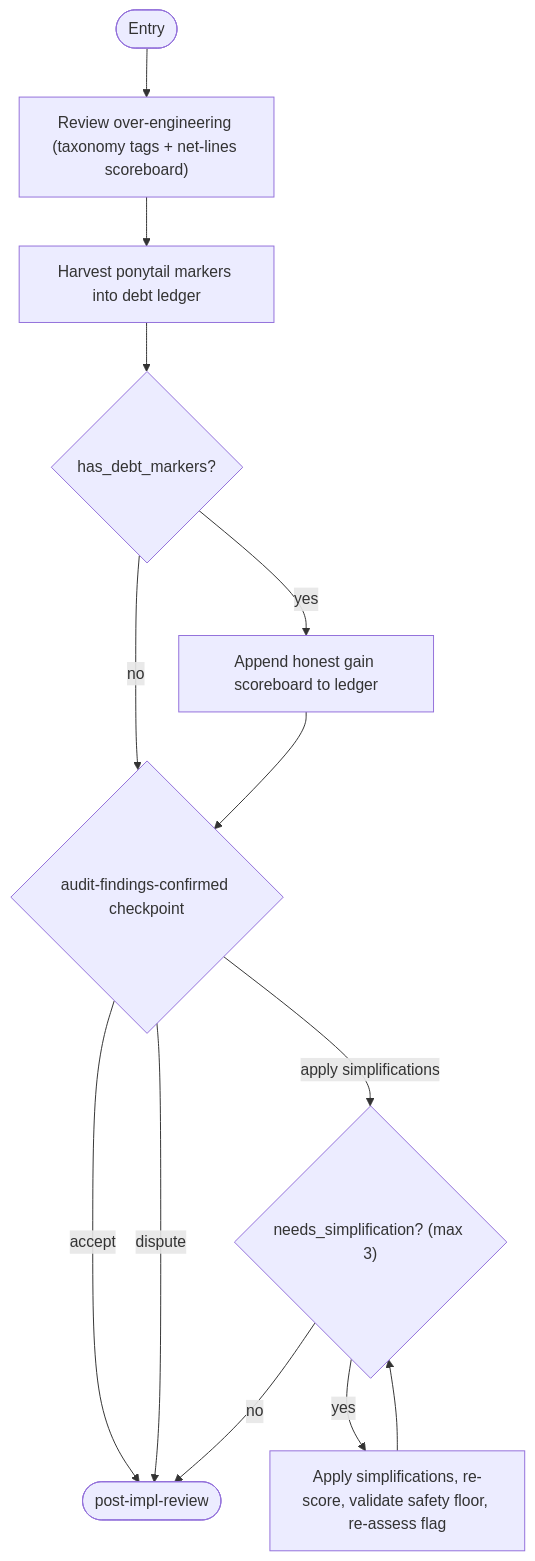
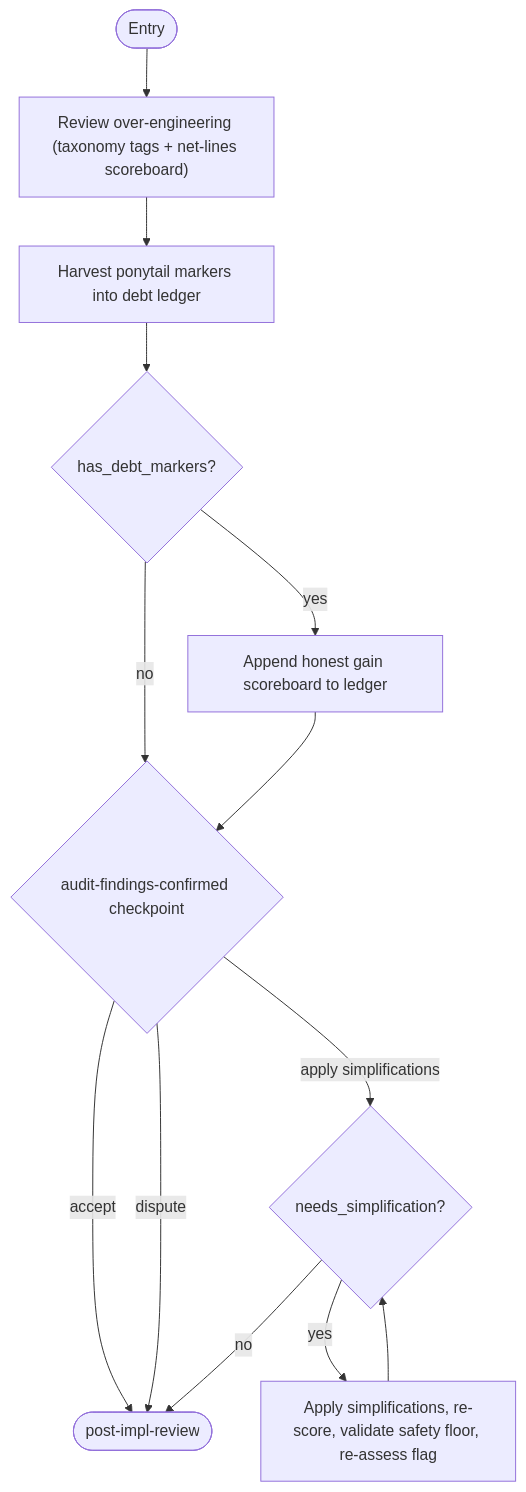
Before and after one commit to m2ux/workflow-server: the tenth of 15 diagrams in work-package/activities/README.md, drawn with Mermaid. The commit also changed other lines of this file and 1 other file, not shown here.

First line of the commit message:
Draw the workflow and activity diagrams from the binds

````diff
--- a/work-package/activities/README.md
+++ b/work-package/activities/README.md
@@ -257,15 +262,15 @@
 ```mermaid
 graph TD
     entryNode(["Entry"]) --> reviewOverEng["Review over-engineering (taxonomy tags + net-lines scoreboard)"]
     reviewOverEng --> harvestDebt["Harvest ponytail markers into debt ledger"]
     harvestDebt --> hasMarkers{"has_debt_markers?"}
     hasMarkers -->|"yes"| reportGain["Append honest gain scoreboard to ledger"]
     hasMarkers -->|"no"| cpFindings
     reportGain --> cpFindings{"audit-findings-confirmed checkpoint"}
     cpFindings -->|"accept"| exitNode(["post-impl-review"])
     cpFindings -->|"dispute"| exitNode
-    cpFindings -->|"apply simplifications"| applyCycle{"needs_simplification? (max 3)"}
+    cpFindings -->|"apply simplifications"| applyCycle{"needs_simplification?"}
     applyCycle -->|"yes"| applyLadder["Apply simplifications, re-score, validate safety floor, re-assess flag"]
     applyLadder --> applyCycle
     applyCycle -->|"no"| exitNode
 ```
````
